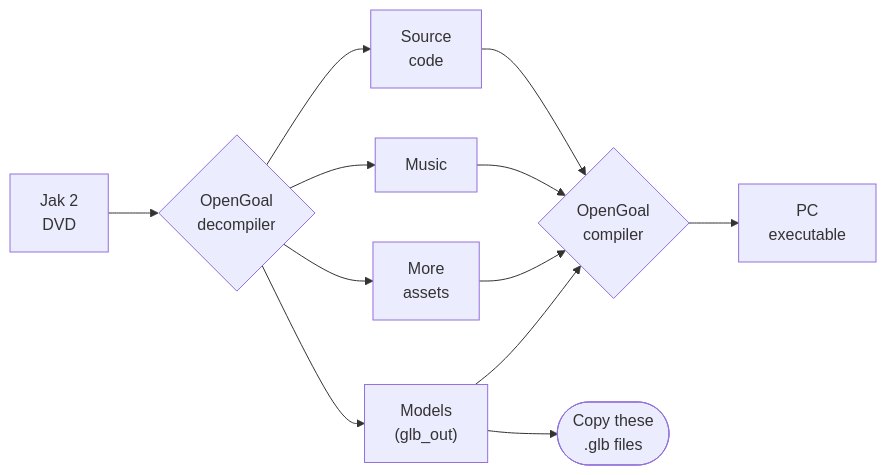
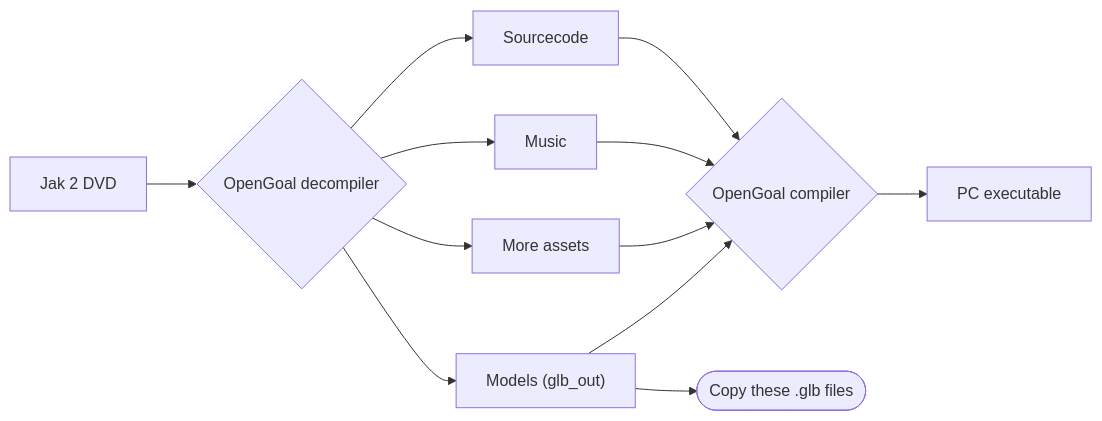
The diagram in README.md (Pronink/jak-2-bar-crew-vrchat), drawn with Mermaid before and after one commit. The commit also changed other lines of this file, not shown here.

Commit message:
Little fixes

````diff
--- a/README.md
+++ b/README.md
@@ -64,13 +64,10 @@
 ```mermaid
 flowchart LR
-    DVD[Jak 2 \n DVD] --> decompiler{OpenGoal \n decompiler}
-    decompiler --> Src[Source \n code] --> compiler
+    DVD[Jak 2 DVD] --> decompiler{OpenGoal decompiler}
+    decompiler --> Src[Sourcecode] --> compiler
     decompiler --> Music --> compiler
-    decompiler --> Assets[More \n assets] --> compiler
+    decompiler --> Assets[More assets] --> compiler
     decompiler --> Levels --> compiler
-    compiler{OpenGoal \n compiler} --> PC[PC \n executable]
-    Levels["Models \n (glb_out)"] --> copyThese([Copy these \n .glb files])
-%%    Levels --> blender
-%%    Textures --> blender
-%%    blender[Blender] --> unity[Unity]
+    compiler{OpenGoal compiler} --> PC[PC executable]
+    Levels["Models (glb_out)"] --> copyThese([Copy these .glb files])
 ```
````
